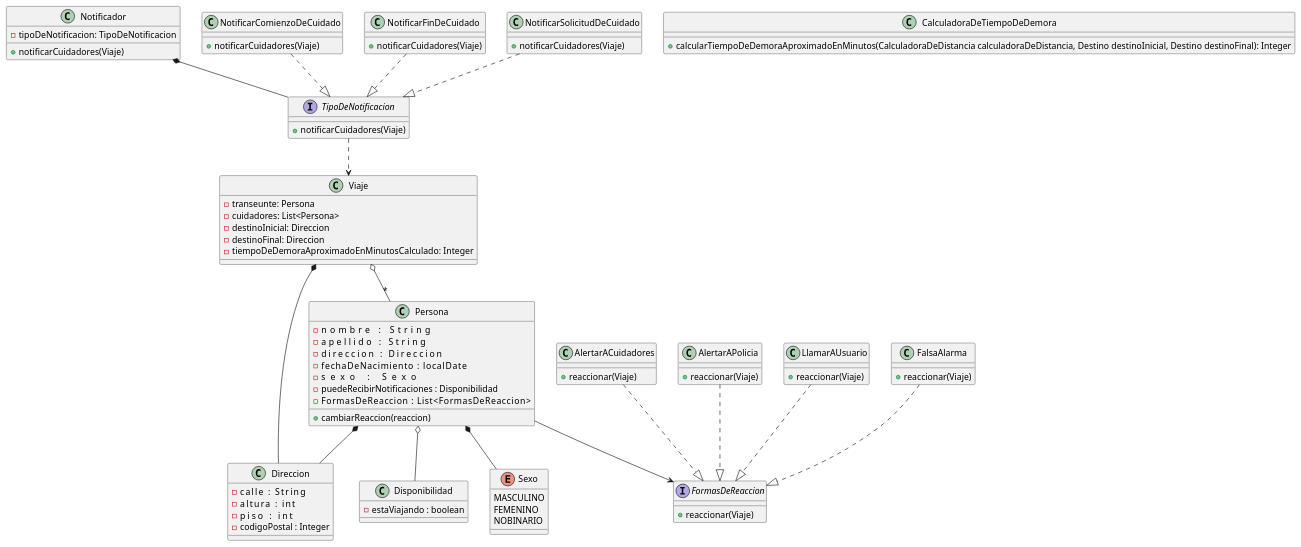
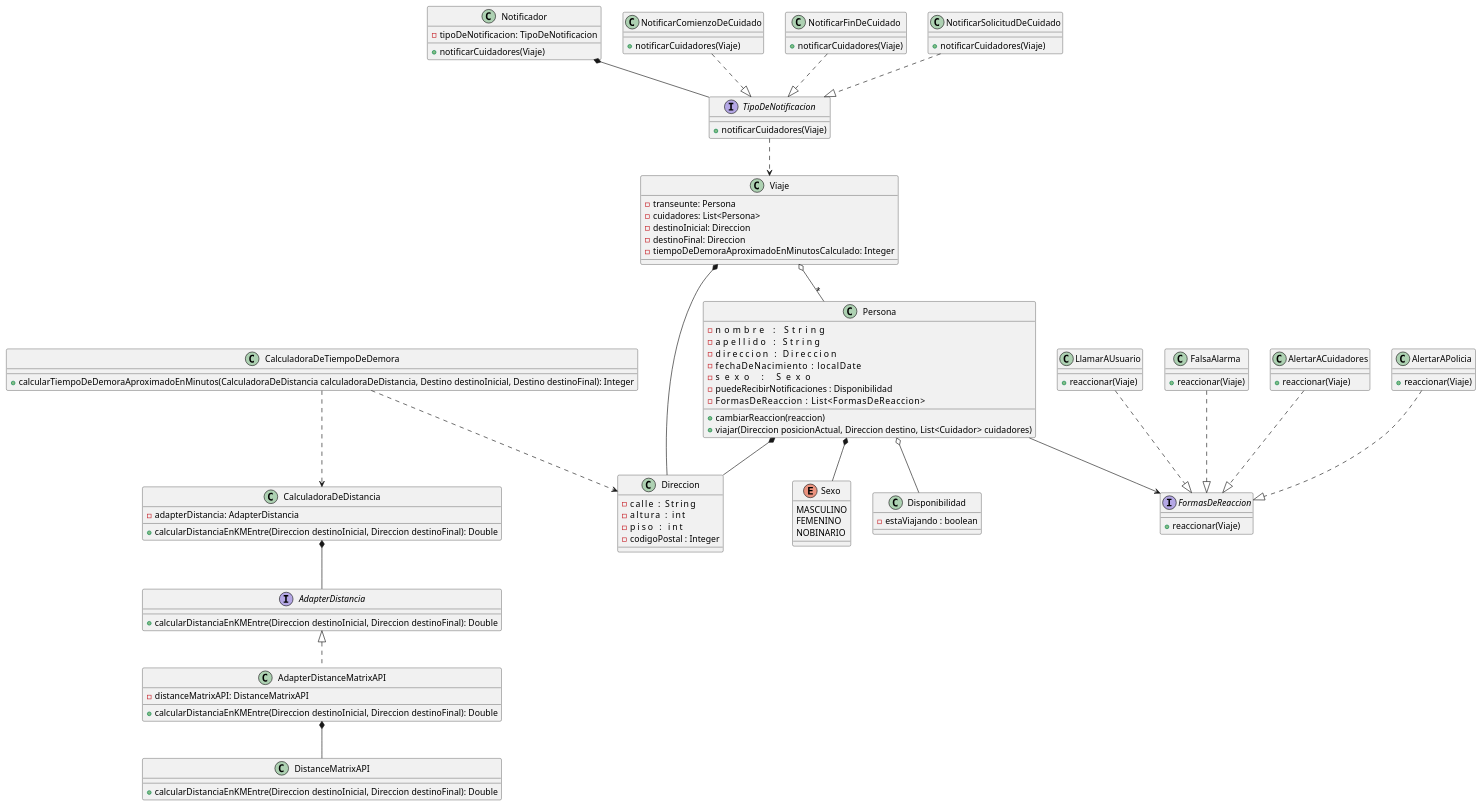
The diagram in cuidandonos_2da_parte/DiagramaPunto1.puml (JuanmaIglesias10/DDS-UTN-public), drawn with PlantUML before and after one commit. The commit also changed 7 other files, not shown here.

```diff
--- a/cuidandonos_2da_parte/DiagramaPunto1.puml
+++ b/cuidandonos_2da_parte/DiagramaPunto1.puml
@@ -1,105 +1,133 @@
 @startuml
 
 Persona o-- Disponibilidad
 Persona *-- Direccion
 Persona *-- Sexo
 
 Persona --> FormasDeReaccion
 AlertarACuidadores ..|> FormasDeReaccion
 AlertarAPolicia ..|> FormasDeReaccion
 LlamarAUsuario ..|> FormasDeReaccion
 FalsaAlarma ..|> FormasDeReaccion
 
 Notificador *-- TipoDeNotificacion
 NotificarComienzoDeCuidado ..|> TipoDeNotificacion
 NotificarFinDeCuidado ..|> TipoDeNotificacion
 NotificarSolicitudDeCuidado ..|> TipoDeNotificacion
 TipoDeNotificacion ..> Viaje
 
 
 Viaje o-- "*" Persona
 Viaje *-- Direccion
 
 class Persona {
     -nombre                     : String
     -apellido                   : String
     -direccion                  : Direccion
     -fechaDeNacimiento          : localDate
     -sexo                       : Sexo
     -puedeRecibirNotificaciones : Disponibilidad
     -FormasDeReaccion           : List<FormasDeReaccion>
 
     +cambiarReaccion(reaccion)
+    +viajar(Direccion posicionActual, Direccion destino, List<Cuidador> cuidadores)
 }
 
 class Direccion {
     -calle        : String
     -altura       : int
     -piso         : int
     -codigoPostal : Integer
 }
 
 class Disponibilidad {
     -estaViajando : boolean
 }
 
 enum Sexo {
     MASCULINO
     FEMENINO
     NOBINARIO
 }
 
 class Viaje{
     -transeunte: Persona
     -cuidadores: List<Persona>
     -destinoInicial: Direccion
     -destinoFinal: Direccion
     -tiempoDeDemoraAproximadoEnMinutosCalculado: Integer
 }
 
 interface FormasDeReaccion {
     +reaccionar(Viaje)
 }
 
 class AlertarACuidadores {
     +reaccionar(Viaje)
 }
 
 class AlertarAPolicia {
     +reaccionar(Viaje)
 }
 
 class LlamarAUsuario {
     +reaccionar(Viaje)
 }
 
 class FalsaAlarma {
     +reaccionar(Viaje)
 }
 
 interface TipoDeNotificacion {
     +notificarCuidadores(Viaje)
 }
 
 class Notificador {
     -tipoDeNotificacion: TipoDeNotificacion
     +notificarCuidadores(Viaje)
 }
 
 class NotificarSolicitudDeCuidado {
     +notificarCuidadores(Viaje)
 }
 
 class NotificarComienzoDeCuidado {
     +notificarCuidadores(Viaje)
 }
 
 class NotificarFinDeCuidado {
     +notificarCuidadores(Viaje)
 }
 
 class CalculadoraDeTiempoDeDemora{
     +calcularTiempoDeDemoraAproximadoEnMinutos(CalculadoraDeDistancia calculadoraDeDistancia, Destino destinoInicial, Destino destinoFinal): Integer
 }
 
+interface AdapterDistancia{
+    +calcularDistanciaEnKMEntre(Direccion destinoInicial, Direccion destinoFinal): Double
+}
+
+class CalculadoraDeDistancia{
+    -adapterDistancia: AdapterDistancia
+    +calcularDistanciaEnKMEntre(Direccion destinoInicial, Direccion destinoFinal): Double
+}
+
+class AdapterDistanceMatrixAPI{
+    -distanceMatrixAPI: DistanceMatrixAPI
+    +calcularDistanciaEnKMEntre(Direccion destinoInicial, Direccion destinoFinal): Double
+}
+
+class DistanceMatrixAPI{
+    +calcularDistanciaEnKMEntre(Direccion destinoInicial, Direccion destinoFinal): Double
+}
+
+
+CalculadoraDeDistancia *-- AdapterDistancia
+AdapterDistancia <|.. AdapterDistanceMatrixAPI
+AdapterDistanceMatrixAPI *-- DistanceMatrixAPI
+
+
+CalculadoraDeTiempoDeDemora ..> Direccion
+CalculadoraDeTiempoDeDemora ..> CalculadoraDeDistancia
+
 @enduml
```
